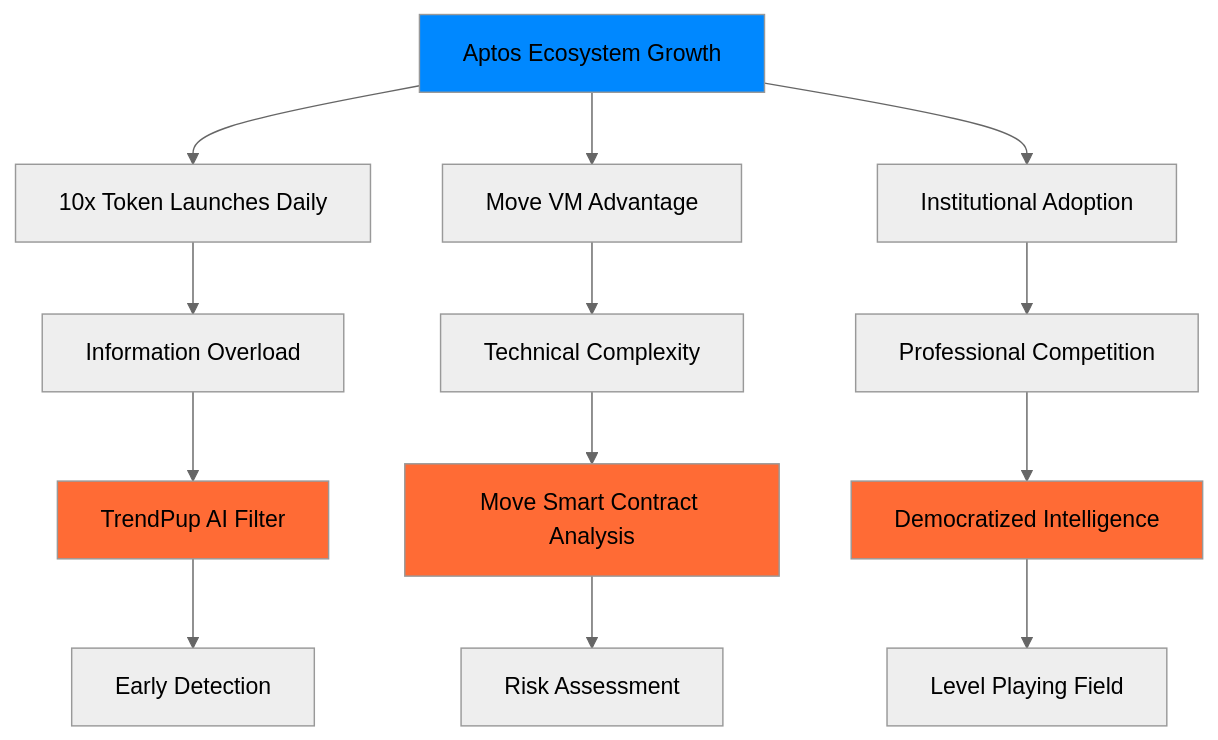
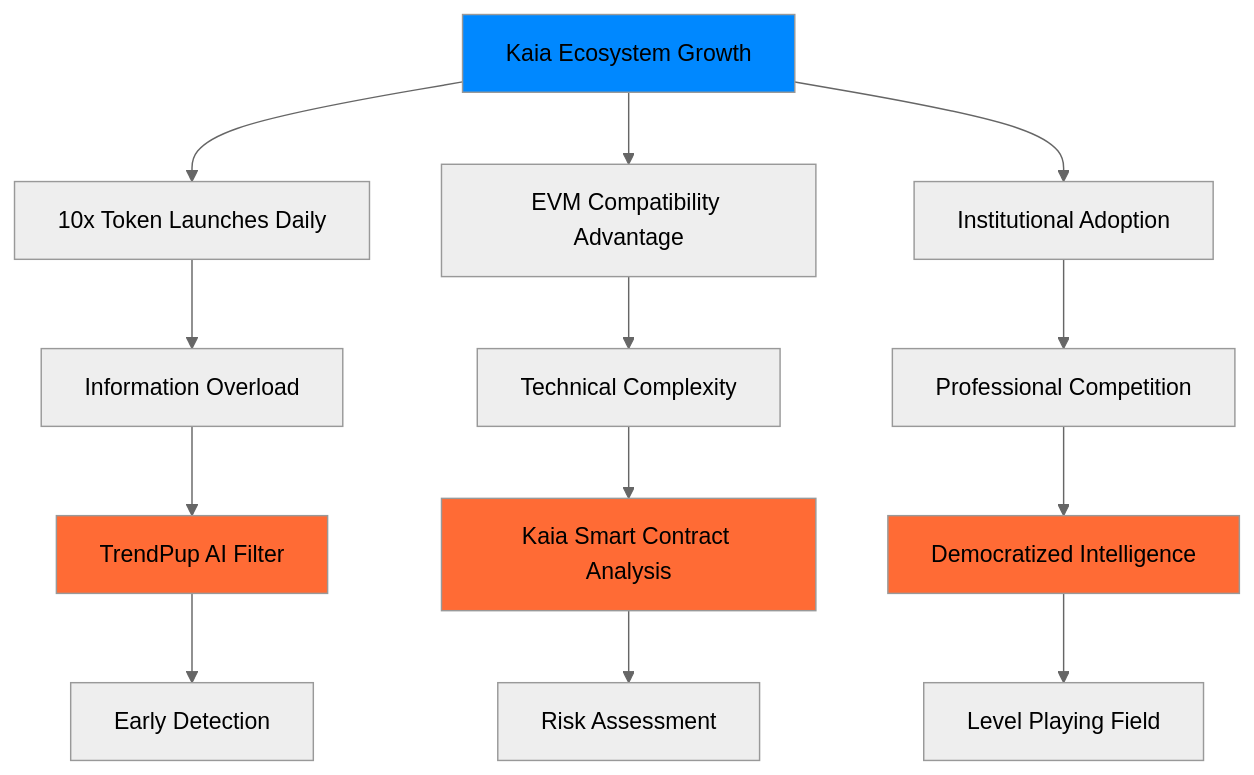
Before and after one commit to Spydiecy/Trendpup_Sonic: the third of 8 diagrams in README.md, drawn with Mermaid (neutral theme). The commit also changed other lines of this file and 21 other files, not shown here.

````diff
--- a/README.md
+++ b/README.md
@@ -321,23 +318,23 @@
 ```mermaid
 graph TD
-    A[Aptos Ecosystem Growth] --> B[10x Token Launches Daily]
-    A --> C[Move VM Advantage]
+    A[Kaia Ecosystem Growth] --> B[10x Token Launches Daily]
+    A --> C[EVM Compatibility Advantage]
     A --> D[Institutional Adoption]
     
     B --> E[Information Overload]
     C --> F[Technical Complexity]
     D --> G[Professional Competition]
     
     E --> H[TrendPup AI Filter]
-    F --> I[Move Smart Contract Analysis]
+    F --> I[Kaia Smart Contract Analysis]
     G --> J[Democratized Intelligence]
     
     H --> K[Early Detection]
     I --> L[Risk Assessment]
     J --> M[Level Playing Field]
     
     style A fill:#0088ff
     style H fill:#ff6b35
     style I fill:#ff6b35
     style J fill:#ff6b35
 ```
````
